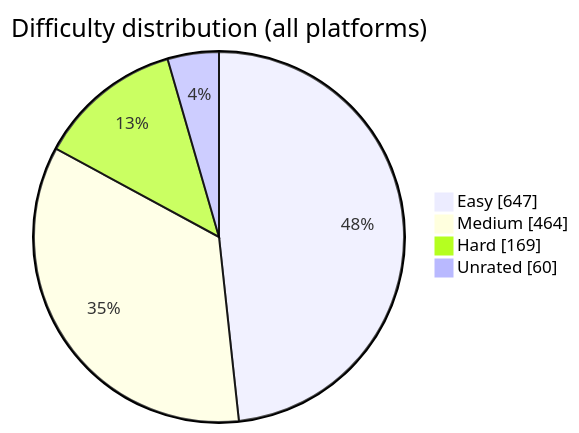
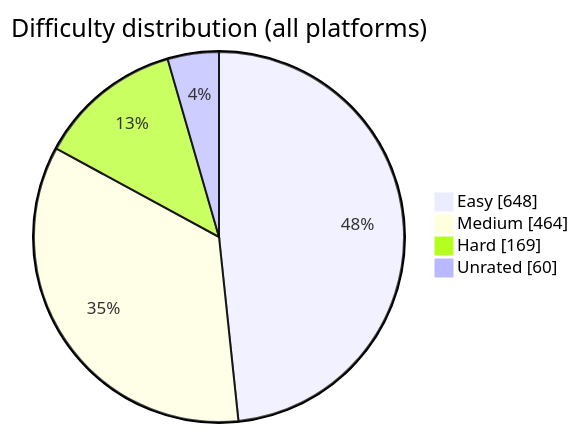
One commit to BuildbyArindam/Daily-Coding-Log changed the diagram in README.md. Above: the diagram before and after it, drawn with Mermaid. The commit also changed other lines of this file, not shown here.

````diff
--- a/README.md
+++ b/README.md
@@ -93,7 +93,7 @@
 ```mermaid
 pie showData title Difficulty distribution (all platforms)
-    "Easy" : 647
+    "Easy" : 648
     "Medium" : 464
     "Hard" : 169
     "Unrated" : 60
 ```
````
